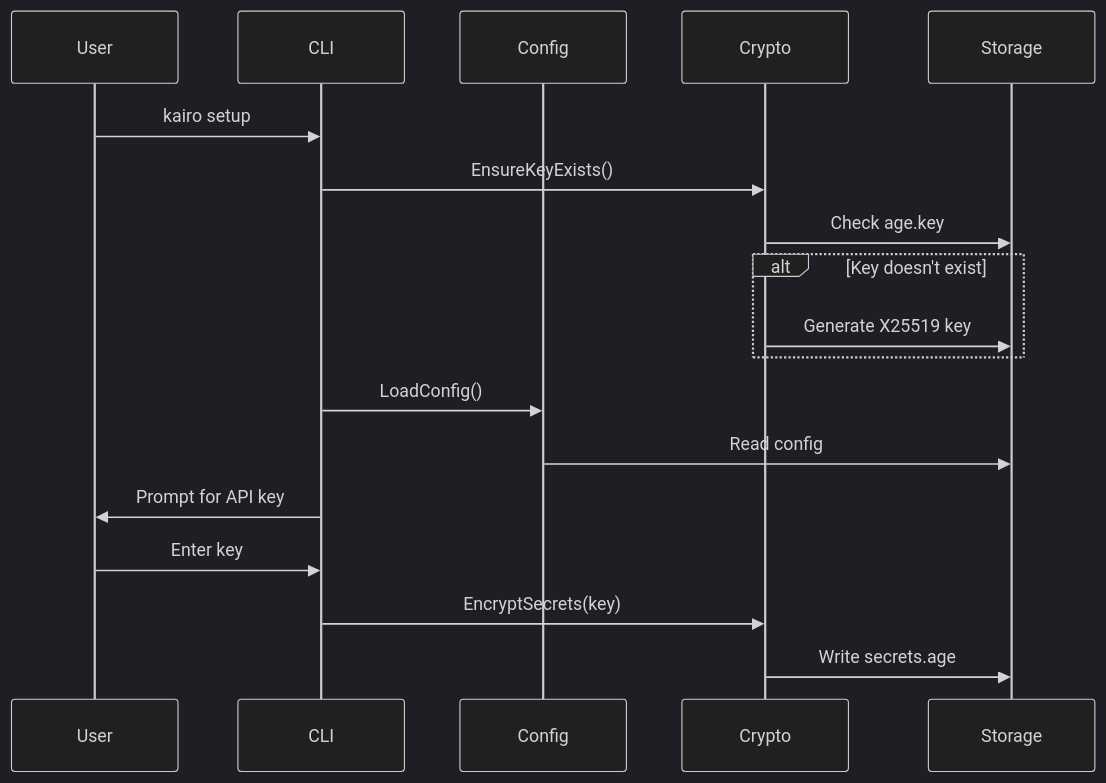
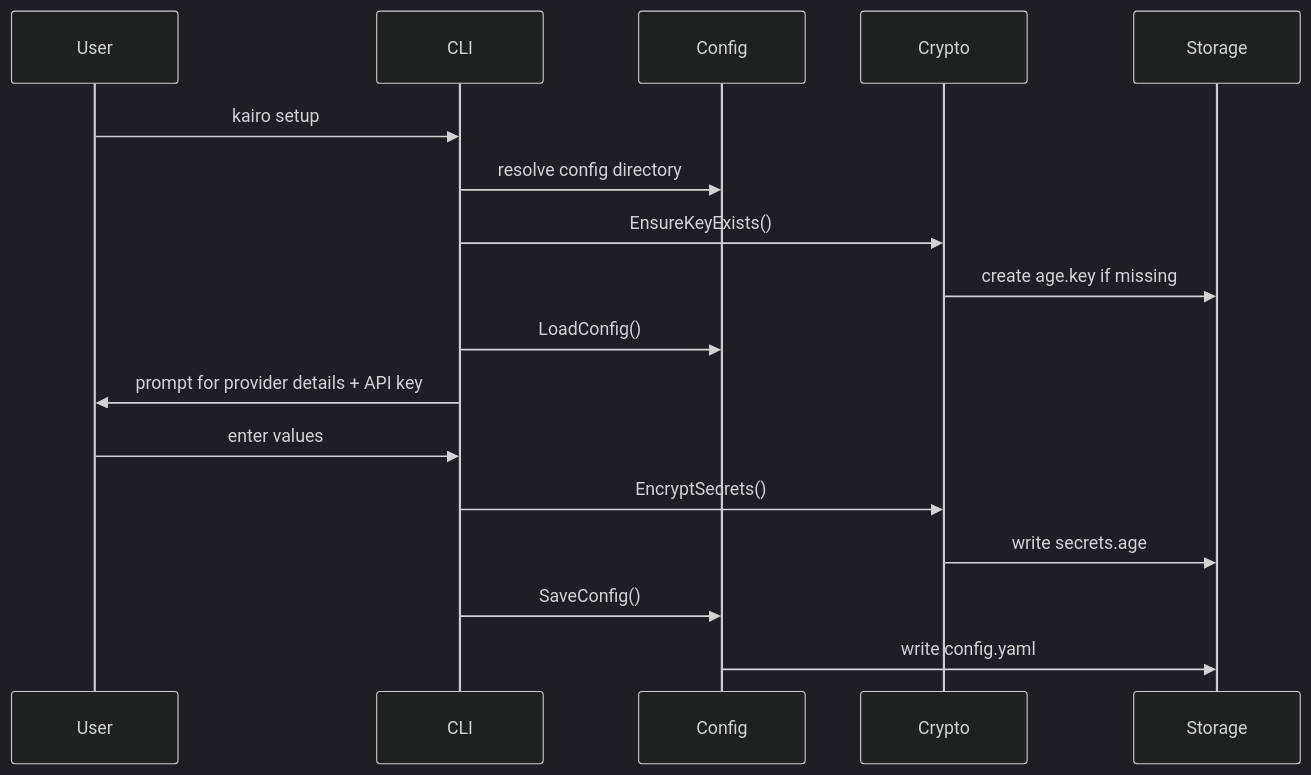
One commit to dkmnx/kairo changed the second of 3 diagrams in docs/architecture/README.md. Above: the diagram before and after it, drawn with Mermaid (dark theme). The commit also changed other lines of this file and 8 other files, not shown here.

````diff
--- a/docs/architecture/README.md
+++ b/docs/architecture/README.md
@@ -63,21 +74,20 @@
 ```mermaid
 sequenceDiagram
     participant User
     participant CLI
     participant Config
     participant Crypto
     participant Storage
 
     User->>CLI: kairo setup
+    CLI->>Config: resolve config directory
     CLI->>Crypto: EnsureKeyExists()
-    Crypto->>Storage: Check age.key
-    alt Key doesn't exist
-        Crypto->>Storage: Generate X25519 key
-    end
+    Crypto->>Storage: create age.key if missing
     CLI->>Config: LoadConfig()
-    Config->>Storage: Read config
-    CLI->>User: Prompt for API key
-    User->>CLI: Enter key
-    CLI->>Crypto: EncryptSecrets(key)
-    Crypto->>Storage: Write secrets.age
+    CLI->>User: prompt for provider details + API key
+    User->>CLI: enter values
+    CLI->>Crypto: EncryptSecrets()
+    Crypto->>Storage: write secrets.age
+    CLI->>Config: SaveConfig()
+    Config->>Storage: write config.yaml
 ```
````
